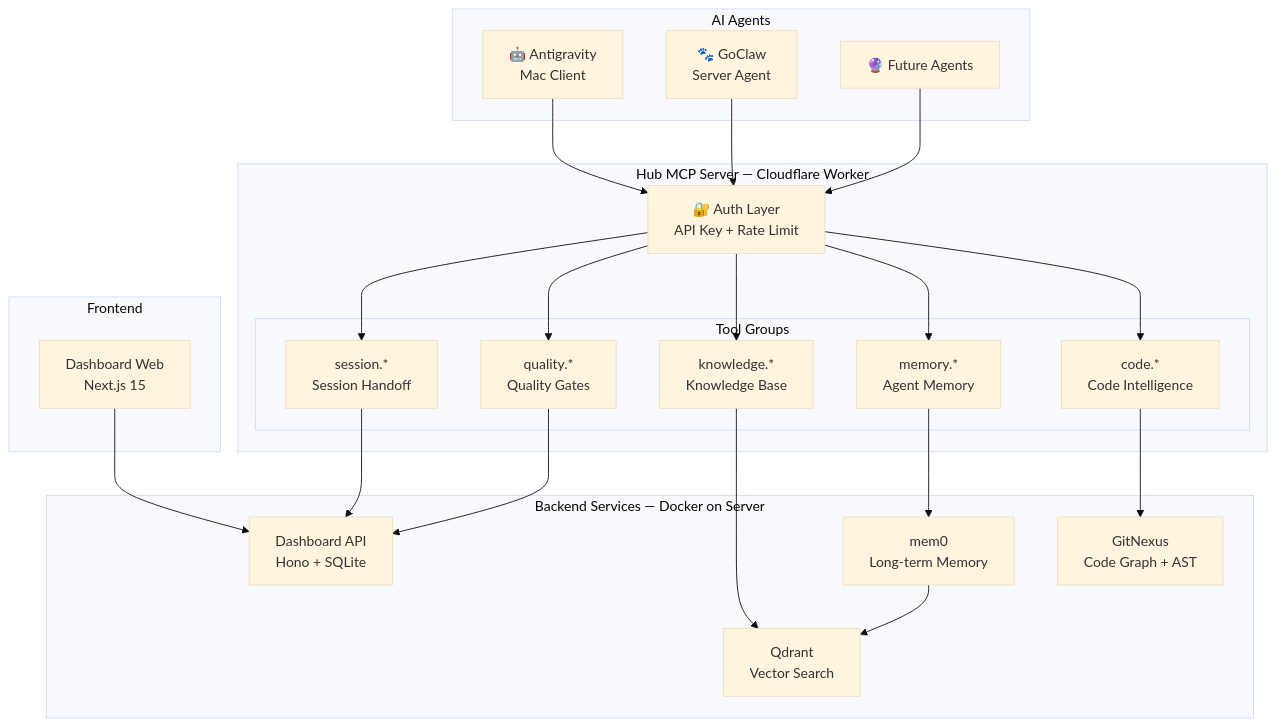
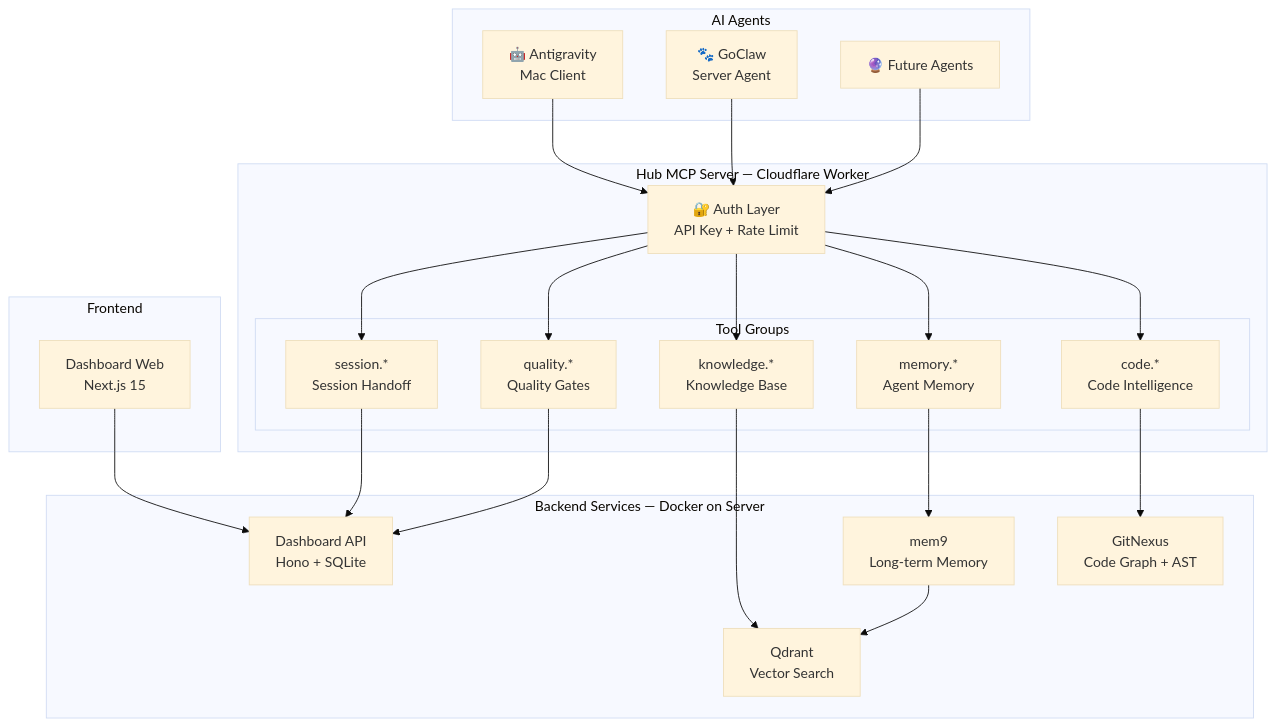
Before and after one commit to lktiep/cortex-hub: the diagram in docs/architecture/overview.md, drawn with Mermaid (base theme). The commit also changed other lines of this file and 17 other files, not shown here.

````diff
--- a/docs/architecture/overview.md
+++ b/docs/architecture/overview.md
@@ -9,40 +9,40 @@
 ```mermaid
 graph TB
     subgraph "AI Agents"
         AG["🤖 Antigravity<br/>Mac Client"]
         GC["🐾 GoClaw<br/>Server Agent"]
         FN["🔮 Future Agents"]
     end
 
     subgraph "Hub MCP Server — Cloudflare Worker"
         AUTH["🔐 Auth Layer<br/>API Key + Rate Limit"]
         
         subgraph "Tool Groups"
             CODE["code.*<br/>Code Intelligence"]
             MEM["memory.*<br/>Agent Memory"]
             KB["knowledge.*<br/>Knowledge Base"]
             QA["quality.*<br/>Quality Gates"]
             SESS["session.*<br/>Session Handoff"]
         end
     end
 
     subgraph "Backend Services — Docker on Server"
         GN["GitNexus<br/>Code Graph + AST"]
-        M0["mem0<br/>Long-term Memory"]
+        M9["mem9<br/>Long-term Memory"]
         QD["Qdrant<br/>Vector Search"]
         API["Dashboard API<br/>Hono + SQLite"]
     end
 
     subgraph "Frontend"
         DASH["Dashboard Web<br/>Next.js 15"]
     end
 
     AG & GC & FN --> AUTH
     AUTH --> CODE & MEM & KB & QA & SESS
     CODE --> GN
-    MEM --> M0
+    MEM --> M9
     KB --> QD
-    M0 --> QD
+    M9 --> QD
     QA & SESS --> API
     DASH --> API
 ```
````
